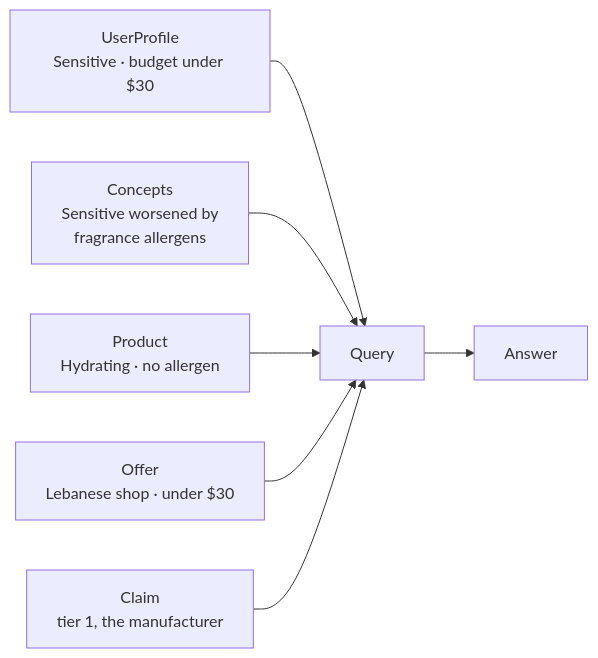
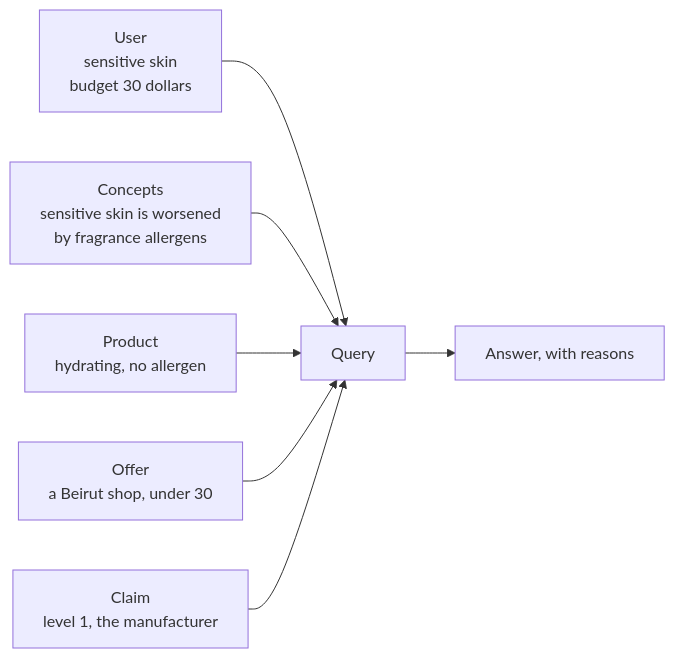
One commit to devexlynne/A-Multi-Source-Enriched-Skincare-Product-Dataset-for-Knowledge-Graph-Based-Recommendation changed the sixth of 6 diagrams in ONTOLOGY_REUSE.md. Above: the diagram before and after it, drawn with Mermaid. The commit also changed other lines of this file and 4 other files, not shown here.

````diff
--- a/ONTOLOGY_REUSE.md
+++ b/ONTOLOGY_REUSE.md
@@ -236,9 +366,9 @@
 ```mermaid
 graph LR
-    U["UserProfile<br/>Sensitive · budget under $30"] --> Q["Query"]
-    K["Concepts<br/>Sensitive worsened by<br/>fragrance allergens"] --> Q
-    P["Product<br/>Hydrating · no allergen"] --> Q
-    O["Offer<br/>Lebanese shop · under $30"] --> Q
-    C["Claim<br/>tier 1, the manufacturer"] --> Q
-    Q --> R["Answer"]
+    U["User<br/>sensitive skin<br/>budget 30 dollars"] --> Q["Query"]
+    K["Concepts<br/>sensitive skin is worsened<br/>by fragrance allergens"] --> Q
+    P["Product<br/>hydrating, no allergen"] --> Q
+    O["Offer<br/>a Beirut shop, under 30"] --> Q
+    C["Claim<br/>level 1, the manufacturer"] --> Q
+    Q --> R["Answer, with reasons"]
 ```
````
